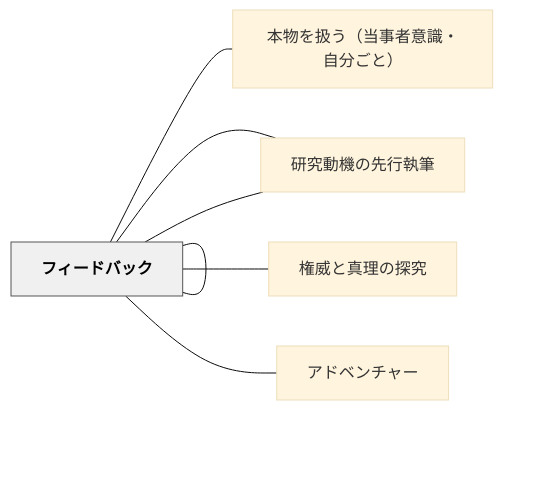
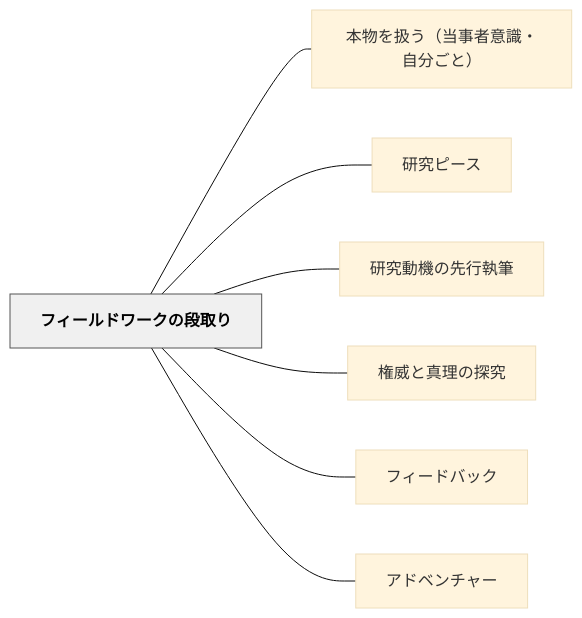
The diagram in content/パタン/フィールドワークの段取り.md (unknownthings-ed-patterns/unknownthings-ed-patterns), drawn with Mermaid (base theme) before and after one commit. The commit also changed 527 other files, not shown here.

````diff
--- a/content/パタン/フィールドワークの段取り.md
+++ b/content/パタン/フィールドワークの段取り.md
@@ -143,20 +143,20 @@
 ```mermaid
 flowchart LR
-    ne38395e382a3["フィールドワークの段取り"]
-    ne69cace789a9["本物を扱う（当事者意識・自分ごと）"]
-    ne7a094e7a9b6["研究ピース"]
-    ne7a094e7a9b6["研究動機の先行執筆"]
-    ne6a8a9e5a881["権威と真理の探究"]
-    ne38395e382a3["フィードバック"]
-    ne382a2e38389["アドベンチャー"]
+    ne38395e382a3e383bce383abe38389e383afe383bce382afe381aee6aeb5e58f96e3828a["フィールドワークの段取り"]
+    ne69cace789a9e38292e689b1e38186efbc88e5bd93e4ba8be88085e6848fe8ad98e383bbe887aae58886e38194e381a8efbc89["本物を扱う（当事者意識・自分ごと）"]
+    ne7a094e7a9b6e38394e383bce382b9["研究ピース"]
+    ne7a094e7a9b6e58b95e6a99fe381aee58588e8a18ce59fb7e7ad86["研究動機の先行執筆"]
+    ne6a8a9e5a881e381a8e79c9fe79086e381aee68ea2e7a9b6["権威と真理の探究"]
+    ne38395e382a3e383bce38389e38390e38383e382af["フィードバック"]
+    ne382a2e38389e38399e383b3e38381e383a3e383bc["アドベンチャー"]
 
-    ne38395e382a3 --- ne69cace789a9
-    ne38395e382a3 --- ne7a094e7a9b6
-    ne38395e382a3 --- ne7a094e7a9b6
-    ne38395e382a3 --- ne6a8a9e5a881
-    ne38395e382a3 --- ne38395e382a3
-    ne38395e382a3 --- ne382a2e38389
+    ne38395e382a3e383bce383abe38389e383afe383bce382afe381aee6aeb5e58f96e3828a --- ne69cace789a9e38292e689b1e38186efbc88e5bd93e4ba8be88085e6848fe8ad98e383bbe887aae58886e38194e381a8efbc89
+    ne38395e382a3e383bce383abe38389e383afe383bce382afe381aee6aeb5e58f96e3828a --- ne7a094e7a9b6e38394e383bce382b9
+    ne38395e382a3e383bce383abe38389e383afe383bce382afe381aee6aeb5e58f96e3828a --- ne7a094e7a9b6e58b95e6a99fe381aee58588e8a18ce59fb7e7ad86
+    ne38395e382a3e383bce383abe38389e383afe383bce382afe381aee6aeb5e58f96e3828a --- ne6a8a9e5a881e381a8e79c9fe79086e381aee68ea2e7a9b6
+    ne38395e382a3e383bce383abe38389e383afe383bce382afe381aee6aeb5e58f96e3828a --- ne38395e382a3e383bce38389e38390e38383e382af
+    ne38395e382a3e383bce383abe38389e383afe383bce382afe381aee6aeb5e58f96e3828a --- ne382a2e38389e38399e383b3e38381e383a3e383bc
 
     classDef hub fill:#f0f0f0,stroke:#555,color:#000,font-weight:bold
-    class ne38395e382a3 hub
+    class ne38395e382a3e383bce383abe38389e383afe383bce382afe381aee6aeb5e58f96e3828a hub
 ```
````
